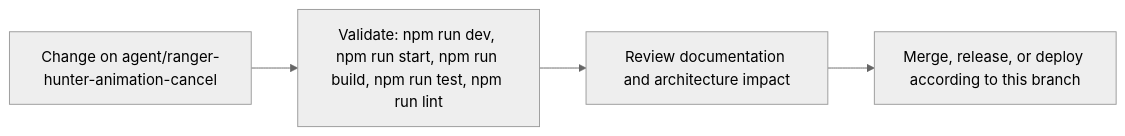
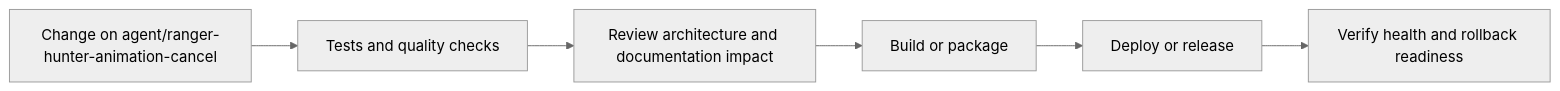
The fifth of 6 diagrams in README.md (Nischhalsubba/BindForge-NW), drawn with Mermaid (neutral theme) before and after one commit. The commit also changed other lines of this file, not shown here.

````diff
--- a/README.md
+++ b/README.md
@@ -87,8 +183,8 @@
 ```mermaid
 flowchart LR
-    CHANGE["Change on agent/ranger-hunter-animation-cancel"]
-    CHECK["Validate: npm run dev, npm run start, npm run build, npm run test, npm run lint"]
-    REVIEW["Review documentation and architecture impact"]
-    RELEASE["Merge, release, or deploy according to this branch"]
-    CHANGE --> CHECK --> REVIEW --> RELEASE
+    CHANGE["Change on agent/ranger-hunter-animation-cancel"] --> CHECK["Tests and quality checks"]
+    CHECK --> REVIEW["Review architecture and documentation impact"]
+    REVIEW --> BUILD["Build or package"]
+    BUILD --> DEPLOY["Deploy or release"]
+    DEPLOY --> VERIFY["Verify health and rollback readiness"]
 ```
````
